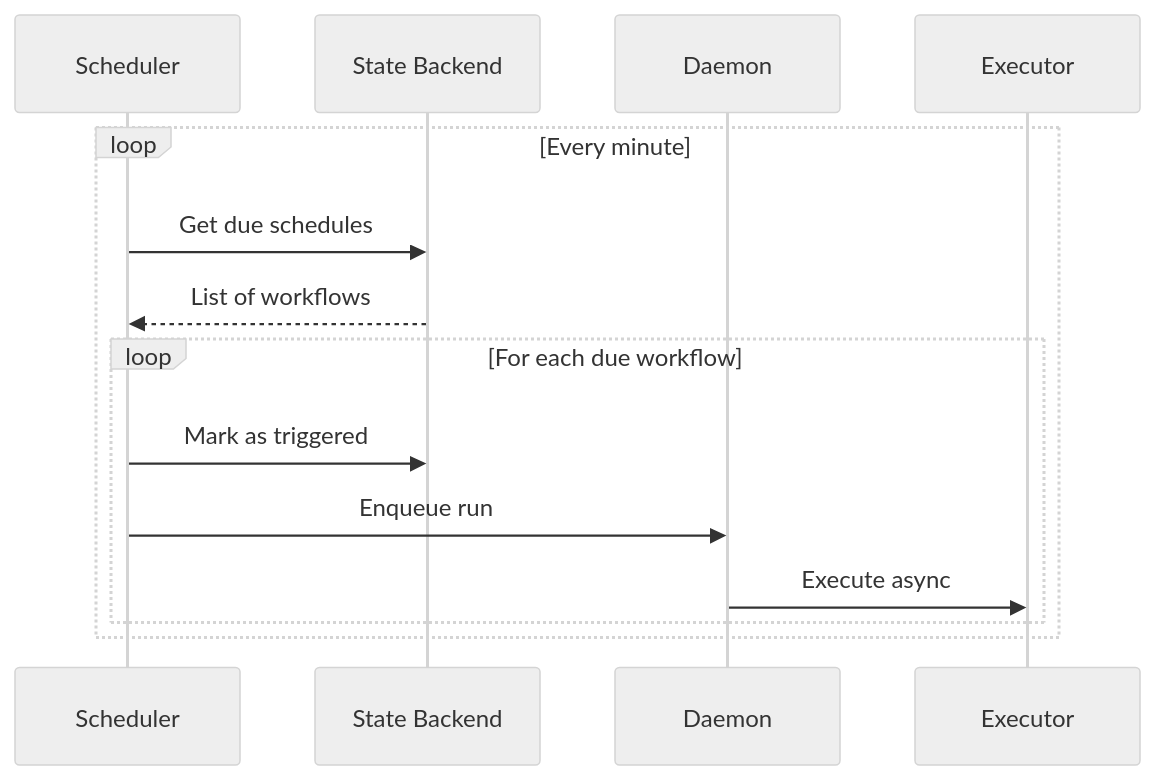
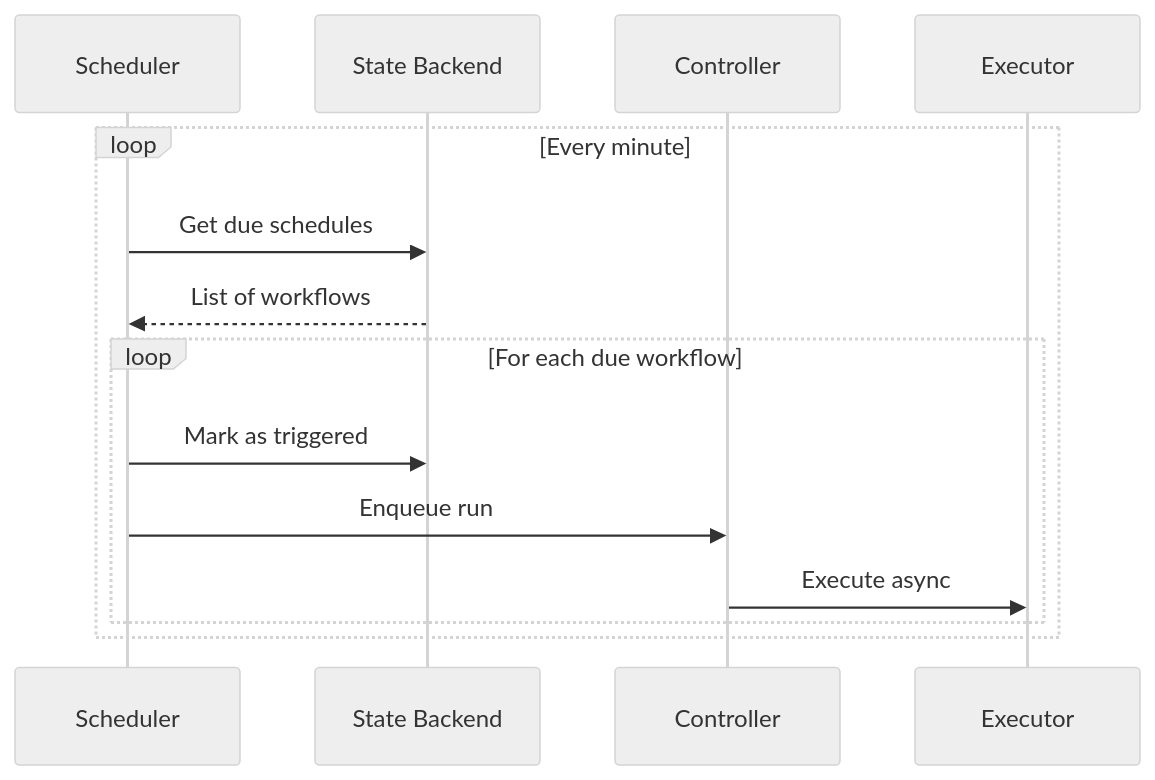
The fifth of 6 diagrams in docs/architecture/execution-flow.md (tombee/conductor), drawn with Mermaid (neutral theme) before and after one commit. The commit also changed other lines of this file and 123 other files, not shown here.

````diff
--- a/docs/architecture/execution-flow.md
+++ b/docs/architecture/execution-flow.md
@@ -143,18 +143,18 @@
 ```mermaid
 sequenceDiagram
     participant Scheduler as Scheduler
     participant State as State Backend
-    participant Daemon as Daemon
+    participant Controller as Controller
     participant Executor as Executor
 
     loop Every minute
         Scheduler->>State: Get due schedules
         State-->>Scheduler: List of workflows
 
         loop For each due workflow
             Scheduler->>State: Mark as triggered
-            Scheduler->>Daemon: Enqueue run
-            Daemon->>Executor: Execute async
+            Scheduler->>Controller: Enqueue run
+            Controller->>Executor: Execute async
         end
     end
 ```
````
